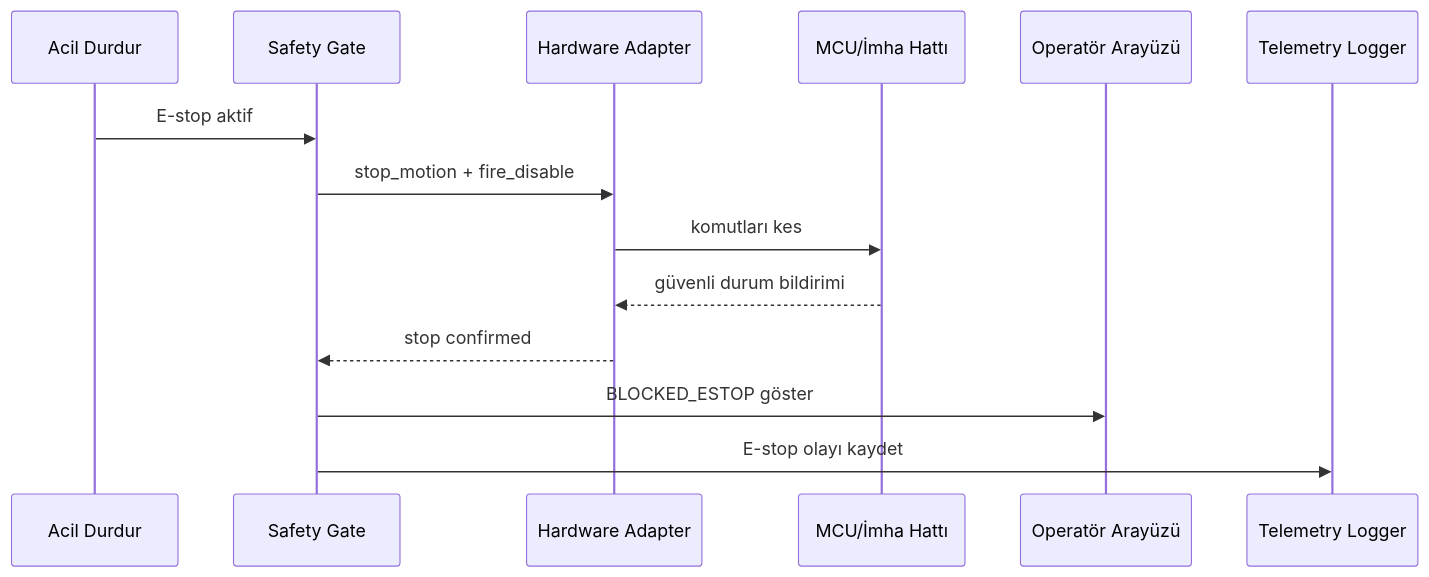
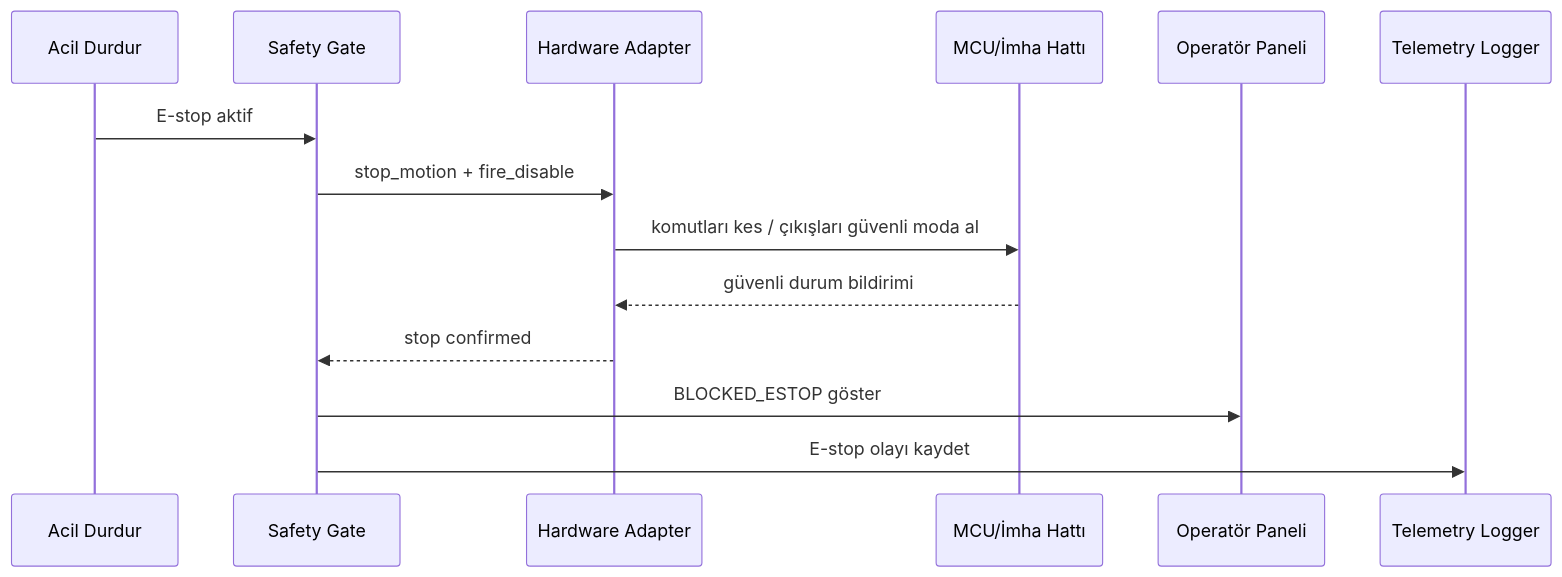
Before and after one commit to AlperKartkaya/gokkalkan: diagram 11 of 11 in reports/diyagramlar/mermaid_kodu/ktr_mermaid_diagrams.md, drawn with Mermaid. The commit also changed other lines of this file and 8 other files, not shown here.

Commit message:
docs: add operator panel interface roadmap and update tech stack documentation

````diff
--- a/reports/diyagramlar/mermaid_kodu/ktr_mermaid_diagrams.md
+++ b/reports/diyagramlar/mermaid_kodu/ktr_mermaid_diagrams.md
@@ -204,17 +225,17 @@
 ```mermaid
 sequenceDiagram
     participant Btn as Acil Durdur
     participant S as Safety Gate
     participant H as Hardware Adapter
     participant M as MCU/İmha Hattı
-    participant UI as Operatör Arayüzü
+    participant UI as Operatör Paneli
     participant L as Telemetry Logger
 
     Btn->>S: E-stop aktif
     S->>H: stop_motion + fire_disable
-    H->>M: komutları kes
+    H->>M: komutları kes / çıkışları güvenli moda al
     M-->>H: güvenli durum bildirimi
     H-->>S: stop confirmed
     S->>UI: BLOCKED_ESTOP göster
     S->>L: E-stop olayı kaydet
 ```
````
